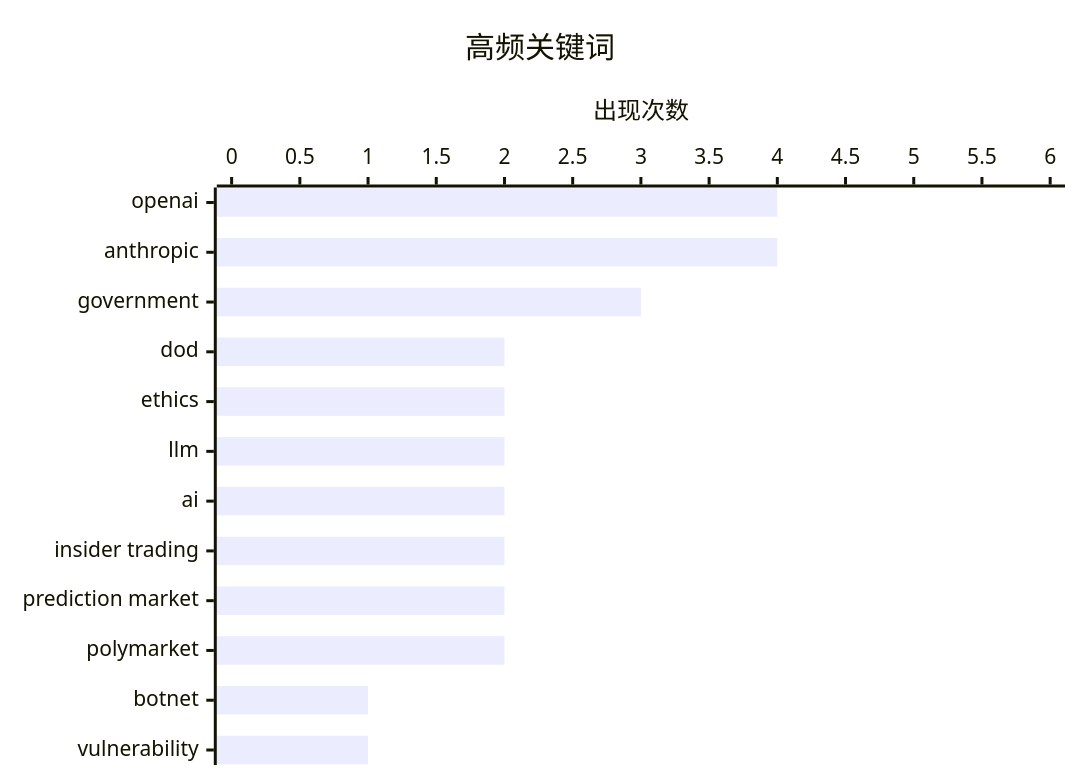
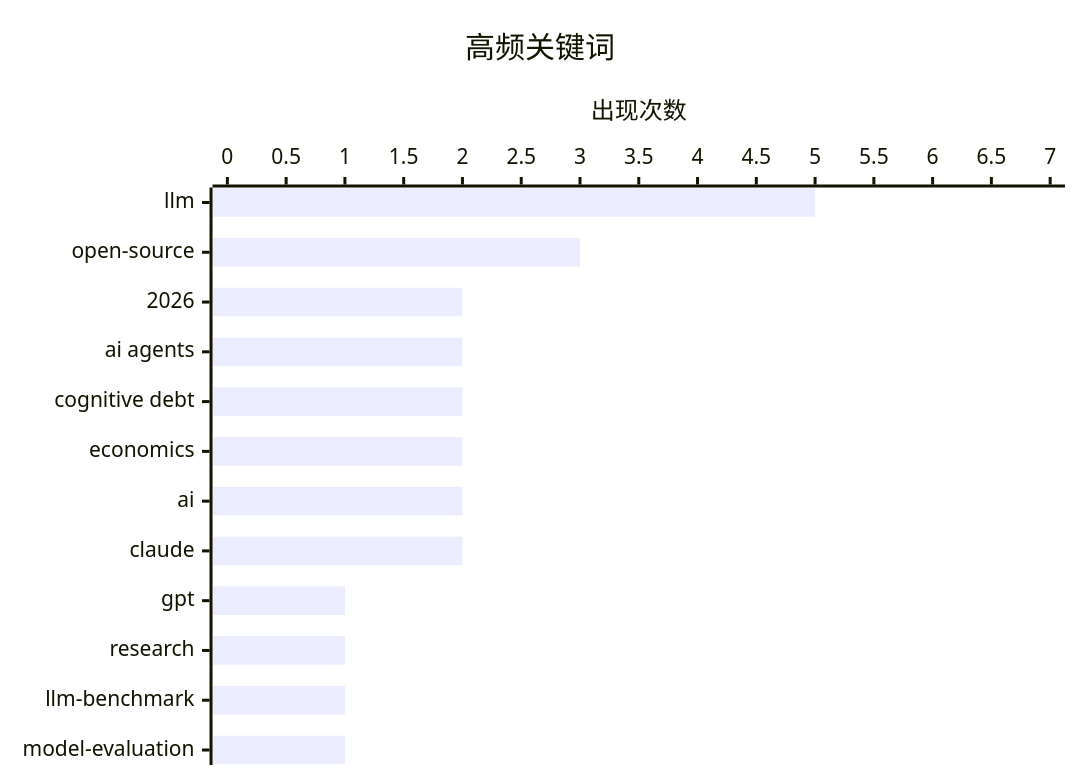
The second of 2 diagrams in digests/digest-20260301.md (AustinWp/ai-daily-digest), drawn with Mermaid before and after one commit. The commit also changed other lines of this file, not shown here.

````diff
--- a/digests/digest-20260301.md
+++ b/digests/digest-20260301.md
@@ -84,7 +198,7 @@
 ```mermaid
 xychart-beta horizontal
     title "高频关键词"
-    x-axis ["openai", "anthropic", "government", "dod", "ethics", "llm", "ai", "insider trading", "prediction market", "polymarket", "botnet", "vulnerability"]
-    y-axis "出现次数" 0 --> 6
-    bar [4, 4, 3, 2, 2, 2, 2, 2, 2, 2, 1, 1]
+    x-axis ["llm", "open-source", "2026", "ai agents", "cognitive debt", "economics", "ai", "claude", "gpt", "research", "llm-benchmark", "model-evaluation"]
+    y-axis "出现次数" 0 --> 7
+    bar [5, 3, 2, 2, 2, 2, 2, 2, 1, 1, 1, 1]
 ```
````
